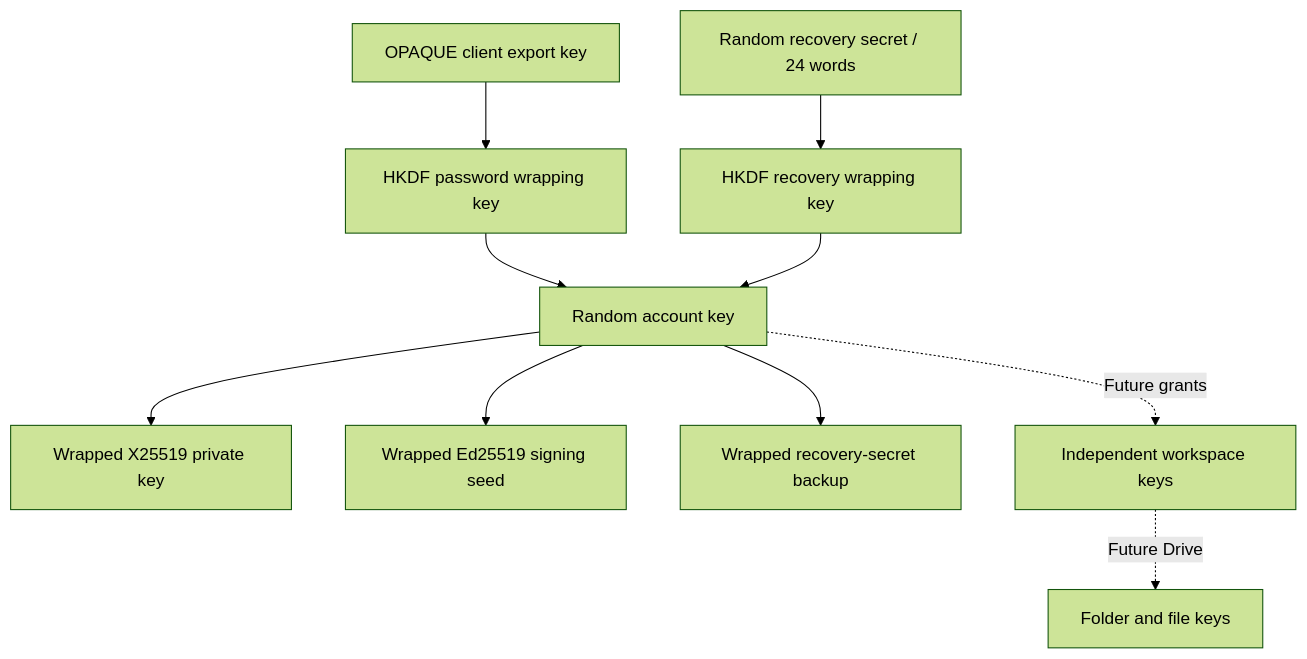
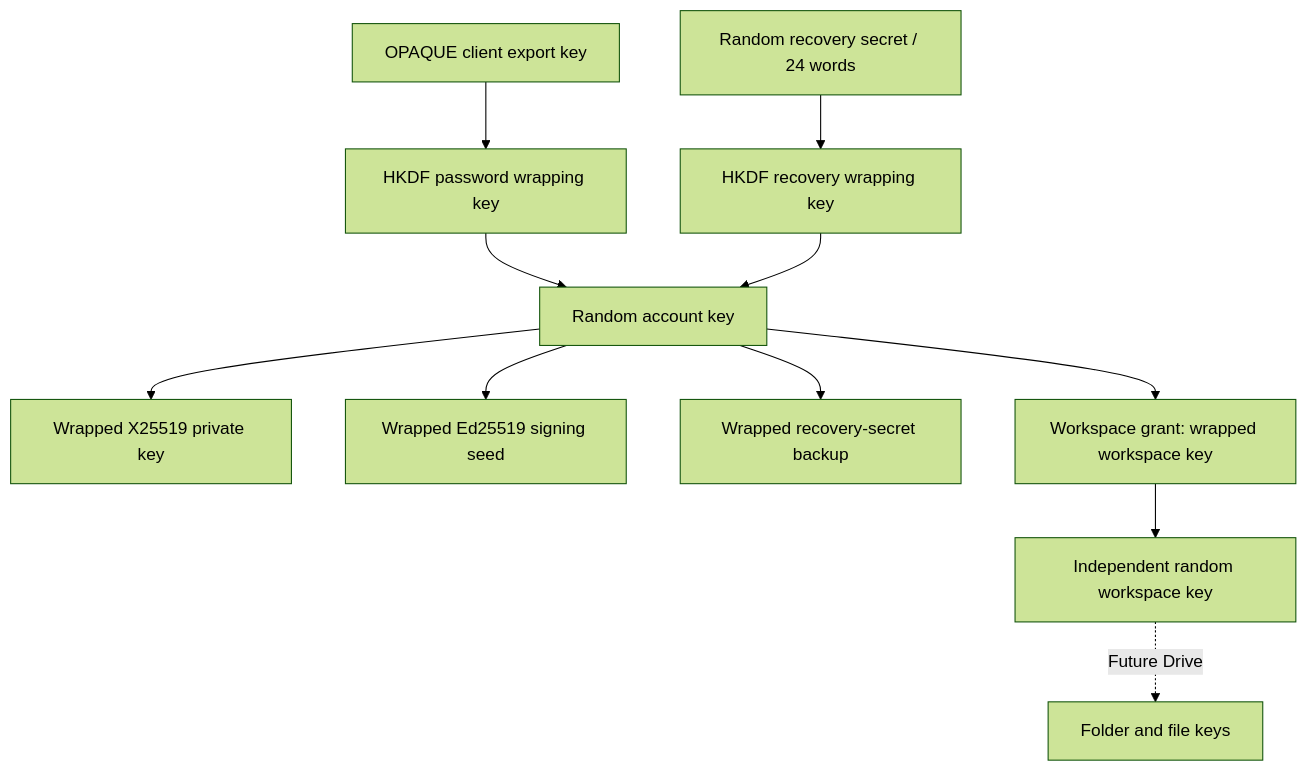
The diagram in docs/opaque-auth-design.md (HushOS/HushOS), drawn with Mermaid (forest theme) before and after one commit. The commit also changed other lines of this file and 19 other files, not shown here.

Commit message:
feat(auth): add workspace key management and relations

````diff
--- a/docs/opaque-auth-design.md
+++ b/docs/opaque-auth-design.md
@@ -9,12 +9,13 @@
 ```mermaid
 flowchart TD
     O[OPAQUE client export key] --> P[HKDF password wrapping key]
     P --> A[Random account key]
     R[Random recovery secret / 24 words] --> W[HKDF recovery wrapping key]
     W --> A
     A --> X[Wrapped X25519 private key]
     A --> S[Wrapped Ed25519 signing seed]
     A --> B[Wrapped recovery-secret backup]
-    A -. Future grants .-> K[Independent workspace keys]
+    A --> G[Workspace grant: wrapped workspace key]
+    G --> K[Independent random workspace key]
     K -. Future Drive .-> F[Folder and file keys]
 ```
````
